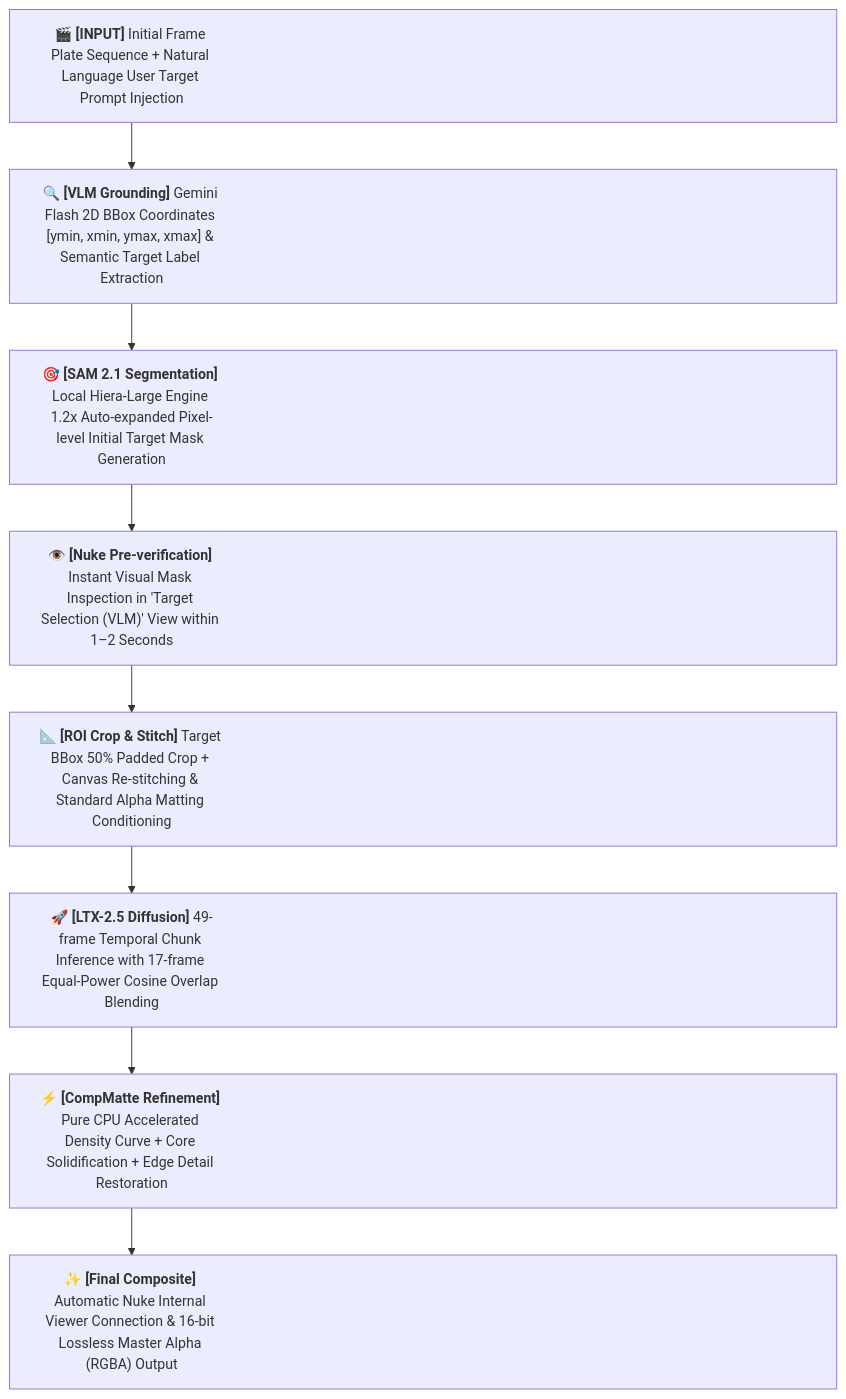
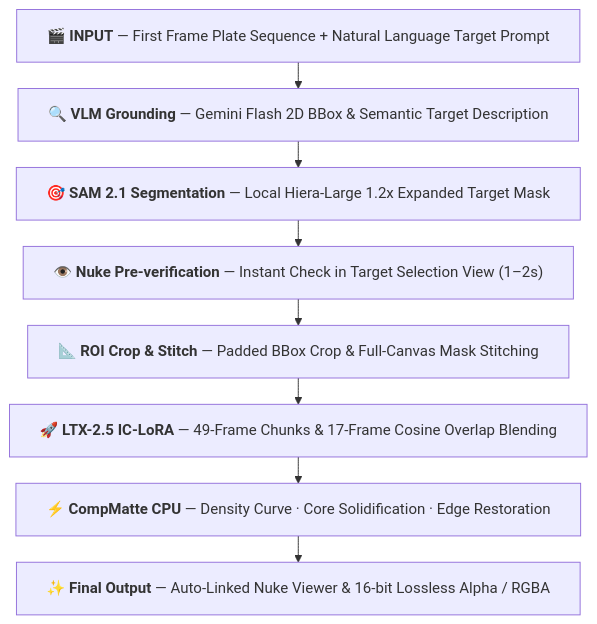
Before and after one commit to Kiwoo0413/AlphaGen: the second of 2 diagrams in README.md, drawn with Mermaid. The commit also changed other lines of this file, not shown here.

````diff
--- a/README.md
+++ b/README.md
@@ -276,12 +291,21 @@
 ```mermaid
+---
+config:
+  markdownAutoWrap: false
+  flowchart:
+    wrappingWidth: 2000
+    padding: 16
+    rankSpacing: 28
+---
 flowchart TD
-    classDef default width:880px,min-height:52px,font-size:15px,text-align:center;
+    A["`🎬 **INPUT** — First Frame Plate Sequence + Natural Language Target Prompt`"]
+    B["`🔍 **VLM Grounding** — Gemini Flash 2D BBox & Semantic Target Description`"]
+    C["`🎯 **SAM 2.1 Segmentation** — Local Hiera-Large 1.2x Expanded Target Mask`"]
+    D["`👁️ **Nuke Pre-verification** — Instant Check in Target Selection View (1–2s)`"]
+    E["`📐 **ROI Crop & Stitch** — Padded BBox Crop & Full-Canvas Mask Stitching`"]
+    F["`🚀 **LTX-2.5 IC-LoRA** — 49-Frame Chunks & 17-Frame Cosine Overlap Blending`"]
+    G["`⚡ **CompMatte CPU** — Density Curve · Core Solidification · Edge Restoration`"]
+    H["`✨ **Final Output** — Auto-Linked Nuke Viewer & 16-bit Lossless Alpha / RGBA`"]
 
-    A["<center>🎬 <b>[INPUT]</b> Initial Frame Plate Sequence + Natural Language User Target Prompt Injection</center>"] --> B["<center>🔍 <b>[VLM Grounding]</b> Gemini Flash 2D BBox Coordinates [ymin, xmin, ymax, xmax] & Semantic Target Label Extraction</center>"]
-    B --> C["<center>🎯 <b>[SAM 2.1 Segmentation]</b> Local Hiera-Large Engine 1.2x Auto-expanded Pixel-level Initial Target Mask Generation</center>"]
-    C --> D["<center>👁️ <b>[Nuke Pre-verification]</b> Instant Visual Mask Inspection in 'Target Selection (VLM)' View within 1–2 Seconds</center>"]
-    D --> E["<center>📐 <b>[ROI Crop & Stitch]</b> Target BBox 50% Padded Crop + Canvas Re-stitching & Standard Alpha Matting Conditioning</center>"]
-    E --> F["<center>🚀 <b>[LTX-2.5 Diffusion]</b> 49-frame Temporal Chunk Inference with 17-frame Equal-Power Cosine Overlap Blending</center>"]
-    F --> G["<center>⚡ <b>[CompMatte Refinement]</b> Pure CPU Accelerated Density Curve + Core Solidification + Edge Detail Restoration</center>"]
-    G --> H["<center>✨ <b>[Final Composite]</b> Automatic Nuke Internal Viewer Connection & 16-bit Lossless Master Alpha (RGBA) Output</center>"]
+    A --> B --> C --> D --> E --> F --> G --> H
 ```
````
